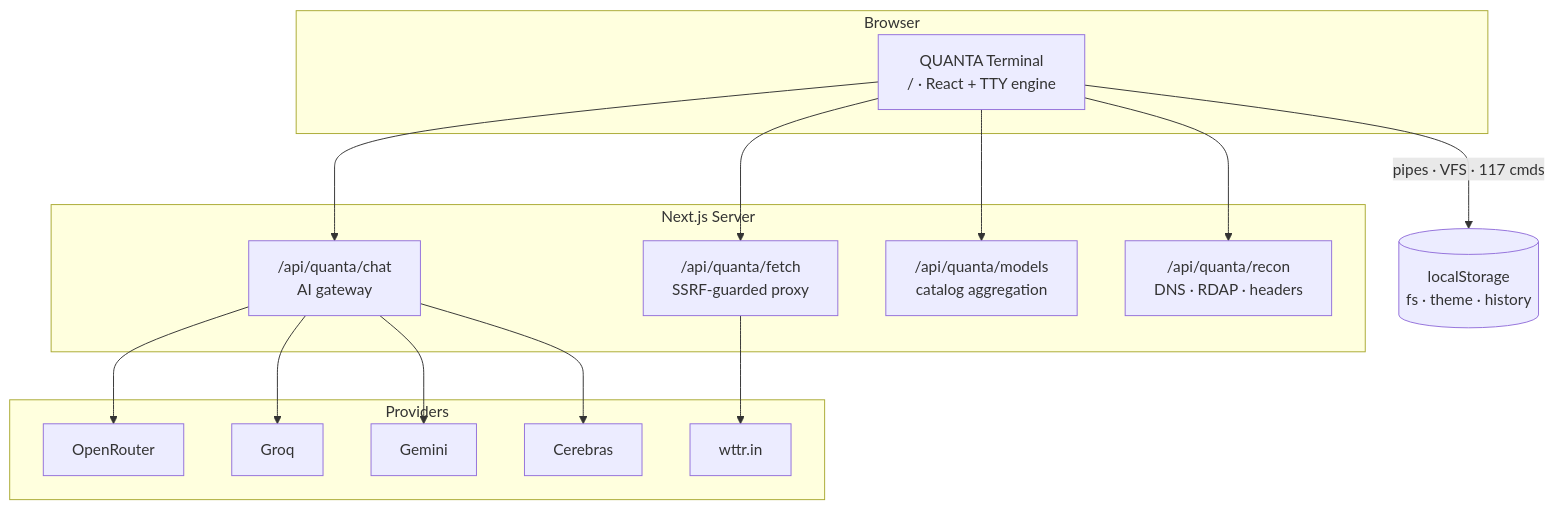
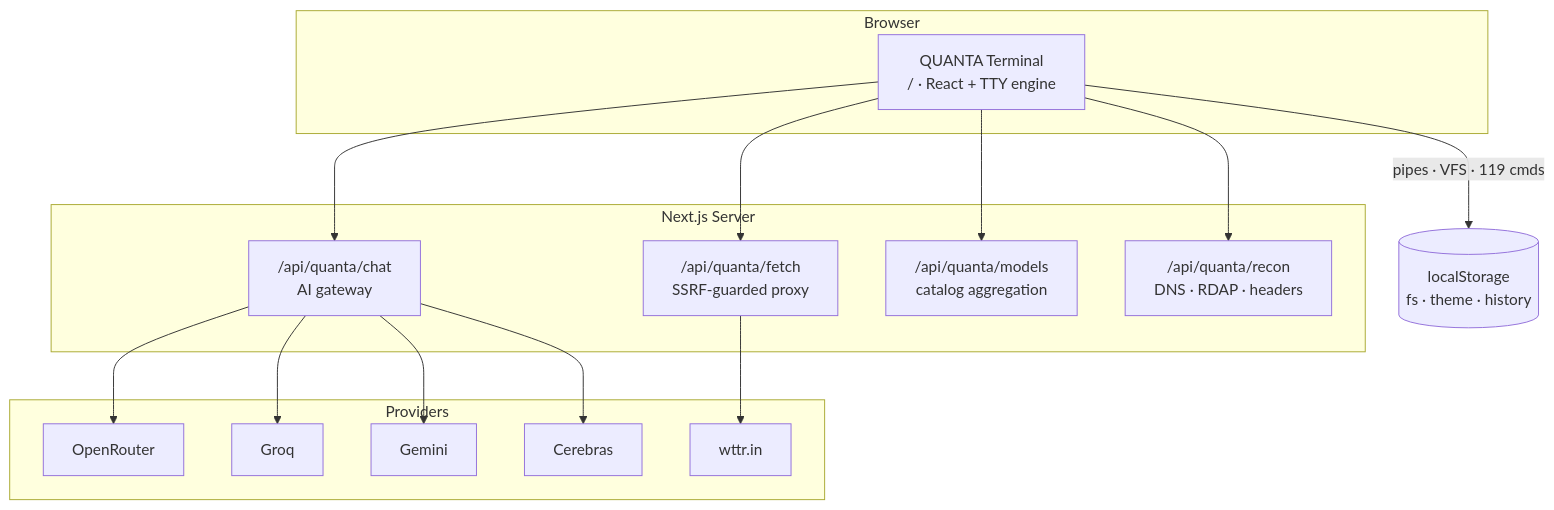
Before and after one commit to qtjg/quanta-terminal: the second of 2 diagrams in README.md, drawn with Mermaid. The commit also changed other lines of this file and 44 other files, not shown here.

````diff
--- a/README.md
+++ b/README.md
@@ -293,24 +295,24 @@
 ```mermaid
 flowchart TB
     subgraph Browser
         T["QUANTA Terminal<br/>/ · React + TTY engine"]
     end
     subgraph "Next.js Server"
         F["/api/quanta/fetch<br/>SSRF-guarded proxy"]
         C["/api/quanta/chat<br/>AI gateway"]
         M["/api/quanta/models<br/>catalog aggregation"]
         R["/api/quanta/recon<br/>DNS · RDAP · headers"]
     end
     subgraph Providers
         OR["OpenRouter"]
         GQ["Groq"]
         GM["Gemini"]
         CB["Cerebras"]
         WT["wttr.in"]
     end
-    T -->|"pipes · VFS · 117 cmds"| LS[("localStorage<br/>fs · theme · history")]
+    T -->|"pipes · VFS · 119 cmds"| LS[("localStorage<br/>fs · theme · history")]
     T --> F --> WT
     T --> C --> OR & GQ & GM & CB
     T --> M
     T --> R
 ```
````
